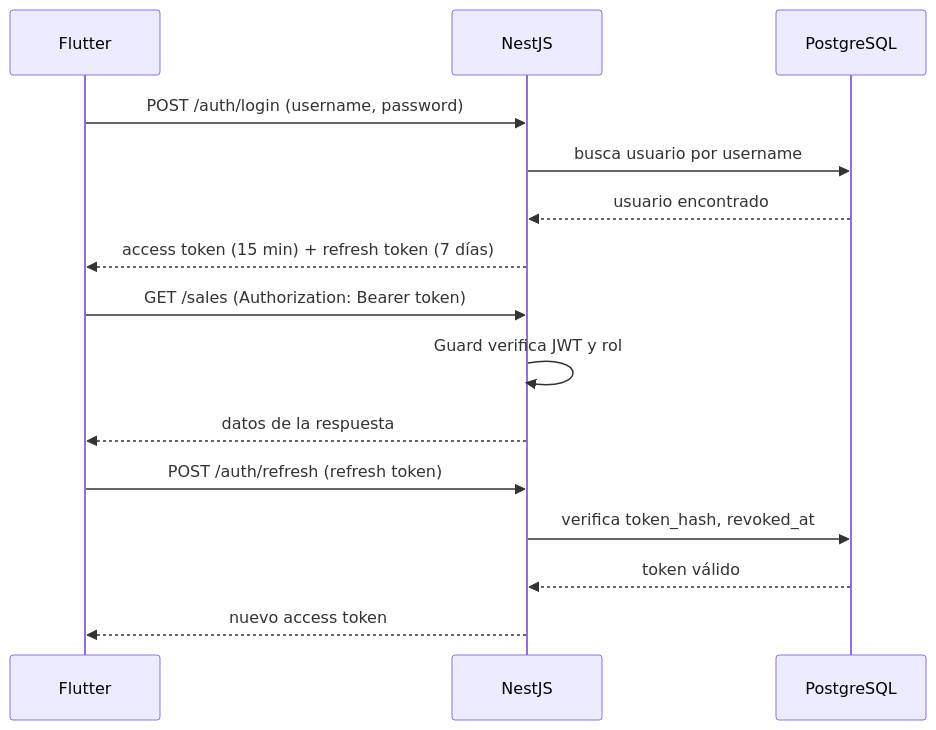
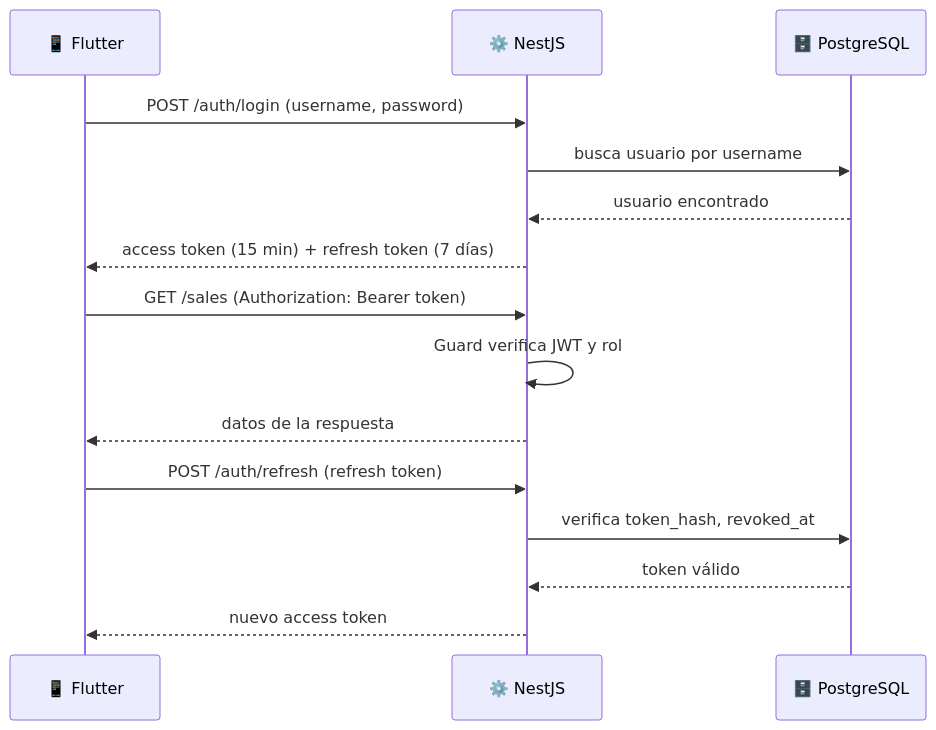
Before and after one commit to JosepRivera/smartbite-api: the second of 5 diagrams in docs/architecture.md, drawn with Mermaid. The commit also changed other lines of this file and 17 other files, not shown here.

````diff
--- a/docs/architecture.md
+++ b/docs/architecture.md
@@ -129,20 +147,20 @@
 ```mermaid
 sequenceDiagram
-  participant F as Flutter
-  participant N as NestJS
-  participant DB as PostgreSQL
+  participant F as 📱 Flutter
+  participant N as ⚙️ NestJS
+  participant DB as 🗄️ PostgreSQL
 
   F->>N: POST /auth/login (username, password)
   N->>DB: busca usuario por username
   DB-->>N: usuario encontrado
   N-->>F: access token (15 min) + refresh token (7 días)
 
   F->>N: GET /sales (Authorization: Bearer token)
   N->>N: Guard verifica JWT y rol
   N-->>F: datos de la respuesta
 
   F->>N: POST /auth/refresh (refresh token)
   N->>DB: verifica token_hash, revoked_at
   DB-->>N: token válido
   N-->>F: nuevo access token
 ```
````
